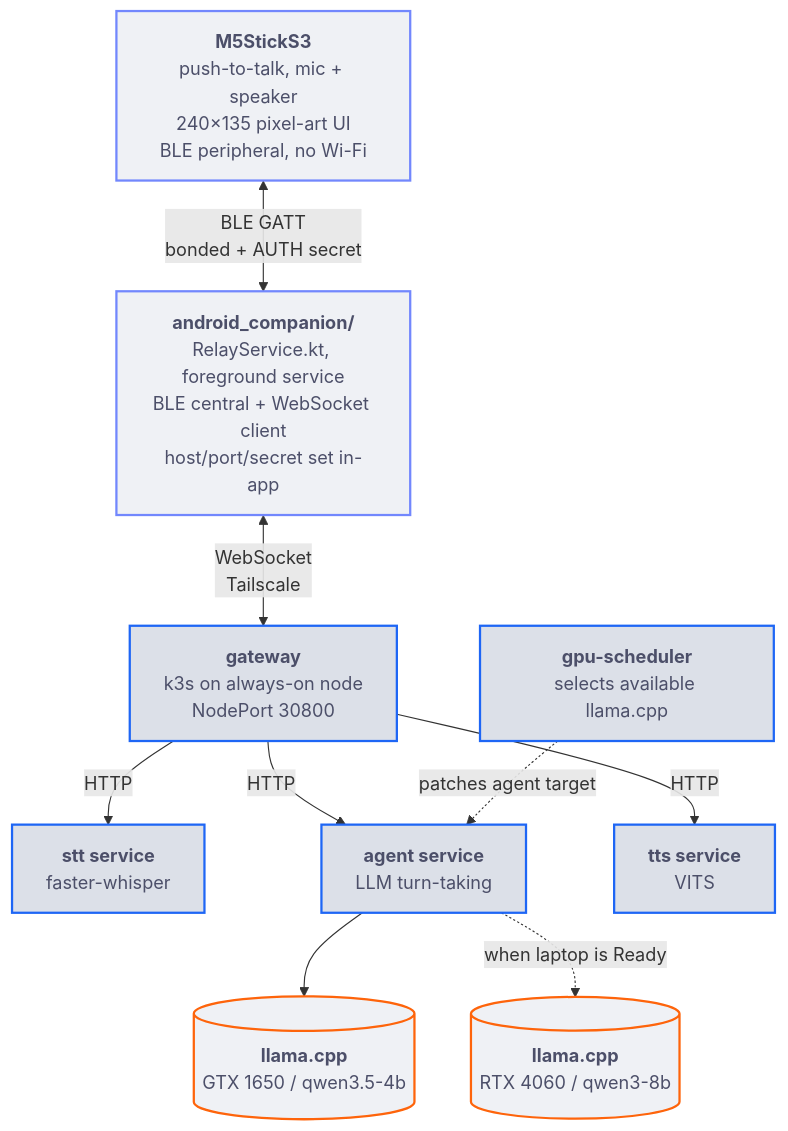
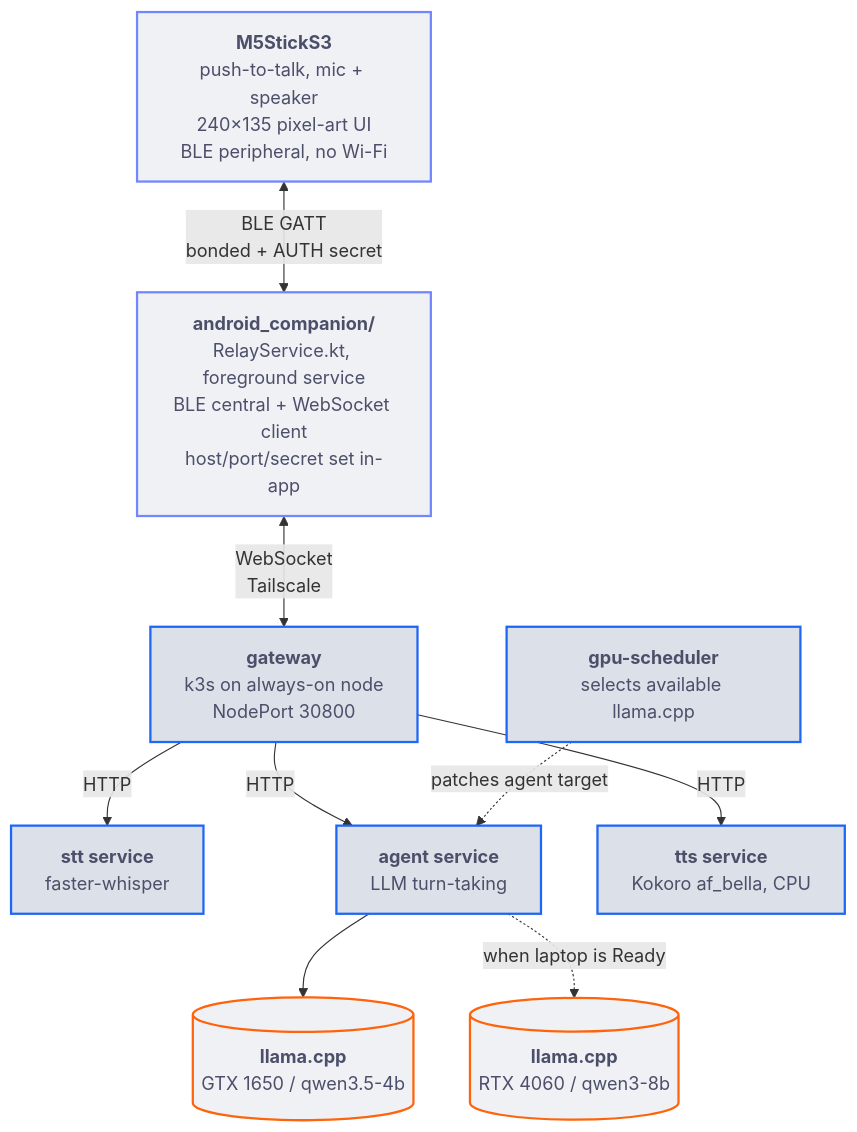
Before and after one commit to adixg/ai-companion: the first of 4 diagrams in README.md, drawn with Mermaid. The commit also changed other lines of this file, not shown here.

First line of the commit message:
README: diagram one voice turn in each GPU mode

````diff
--- a/README.md
+++ b/README.md
@@ -63,28 +63,28 @@
 ```mermaid
 flowchart TB
     stick["<b>M5StickS3</b><br>push-to-talk, mic + speaker<br>240×135 pixel-art UI<br>BLE peripheral, no Wi-Fi"]
     relay["<b>android_companion/</b><br>RelayService.kt, foreground service<br>BLE central + WebSocket client<br>host/port/secret set in-app"]
     gateway["<b>gateway</b><br>k3s on always-on node<br>NodePort 30800"]
     stt["<b>stt service</b><br>faster-whisper"]
     agent["<b>agent service</b><br>LLM turn-taking"]
-    tts["<b>tts service</b><br>VITS"]
+    tts["<b>tts service</b><br>Kokoro af_bella, CPU"]
     controller["<b>gpu-scheduler</b><br>selects available llama.cpp"]
     llama1650[("<b>llama.cpp</b><br>GTX 1650 / qwen3.5-4b")]
     llama4060[("<b>llama.cpp</b><br>RTX 4060 / qwen3-8b")]
 
     stick <-->|"BLE GATT<br>bonded + AUTH secret"| relay
     relay <-->|"WebSocket<br>Tailscale"| gateway
     gateway -->|HTTP| stt
     gateway -->|HTTP| agent
     gateway -->|HTTP| tts
     agent --> llama1650
     agent -. "when laptop is Ready" .-> llama4060
     controller -. "patches agent target" .-> agent
 
     classDef device fill:#eff1f5,stroke:#7287fd,stroke-width:2px,color:#4c4f69
     classDef service fill:#dce0e8,stroke:#1e66f5,stroke-width:2px,color:#4c4f69
     classDef worker fill:#eff1f5,stroke:#fe640b,stroke-width:2px,color:#4c4f69
     class stick,relay device
     class gateway,stt,agent,tts,controller service
     class llama1650,llama4060 worker
 ```
````
